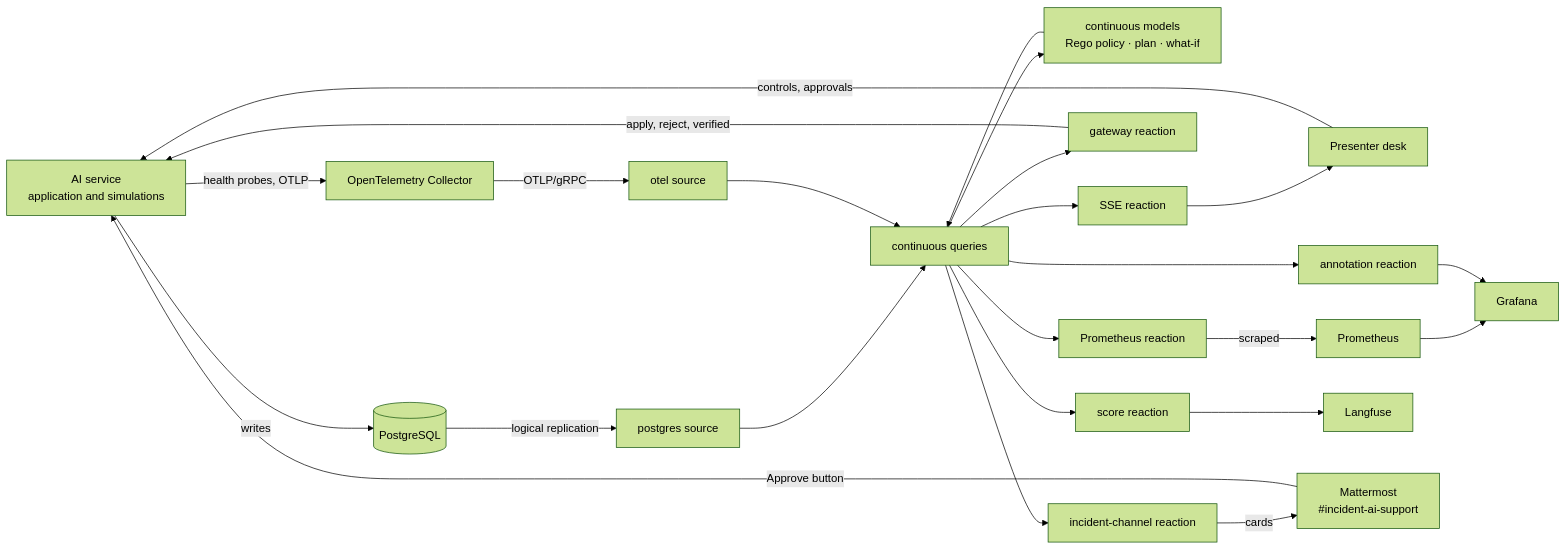
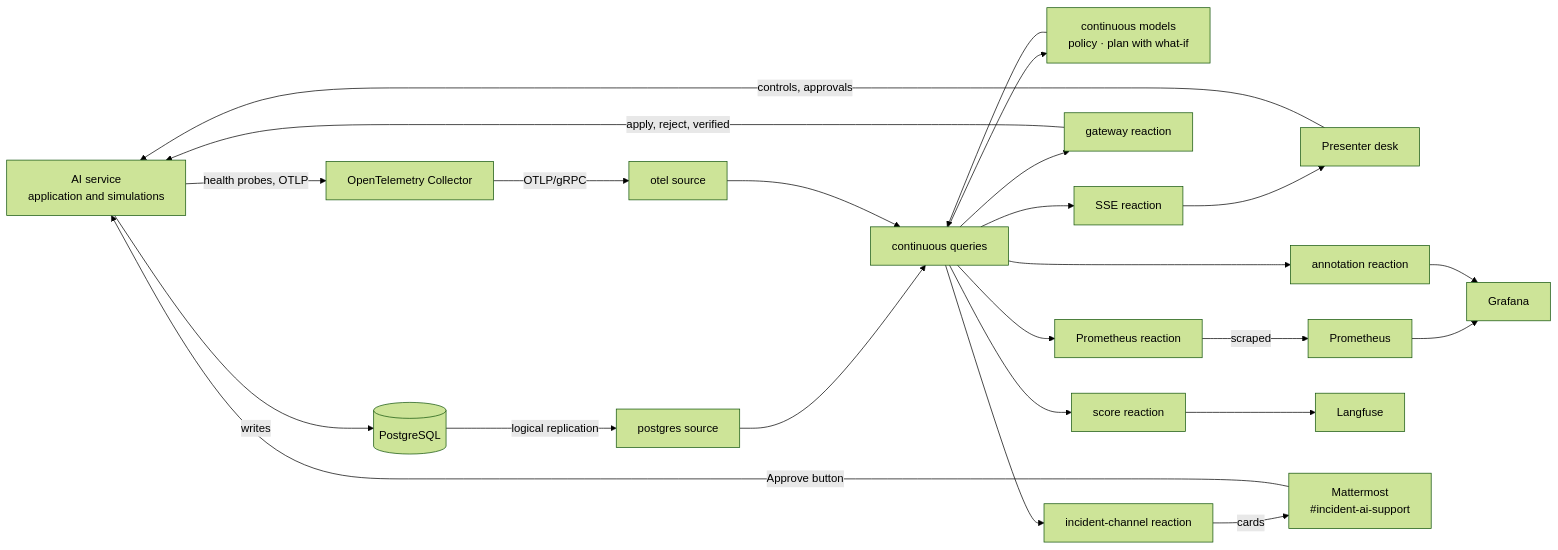
The diagram in presentations/2026-11-19_Ignite/DRASI.md (drasi-project/community), drawn with Mermaid (forest theme) before and after one commit. The commit also changed other lines of this file, not shown here.

Commit message:
Ignite DRASI.md: two standard models, current queries and candidate identity

````diff
--- a/presentations/2026-11-19_Ignite/DRASI.md
+++ b/presentations/2026-11-19_Ignite/DRASI.md
@@ -23,18 +24,18 @@
 ```mermaid
 flowchart LR
   AI[AI service<br/>application and simulations] -- writes --> PG[(PostgreSQL)]
   DESK[Presenter desk] -- controls, approvals --> AI
   PG -- logical replication --> SRC[postgres source]
   AI -- health probes, OTLP --> COL[OpenTelemetry Collector] -- OTLP/gRPC --> OT[otel source]
   SRC --> Q[continuous queries]
   OT --> Q
-  Q --> M[continuous models<br/>Rego policy · plan · what-if]
+  Q --> M[continuous models<br/>policy · plan with what-if]
   M --> Q
   Q --> PROM[Prometheus reaction] -- scraped --> P[Prometheus] --> GRAF[Grafana]
   Q --> GW[gateway reaction] -- apply, reject, verified --> AI
   Q --> ANN[annotation reaction] --> GRAF
   Q --> SC[score reaction] --> LF[Langfuse]
   Q --> SSE[SSE reaction] --> DESK
   Q --> IC[incident-channel reaction] -- cards --> MM[Mattermost<br/>#incident-ai-support]
   MM -- Approve button --> AI
 ```
````
